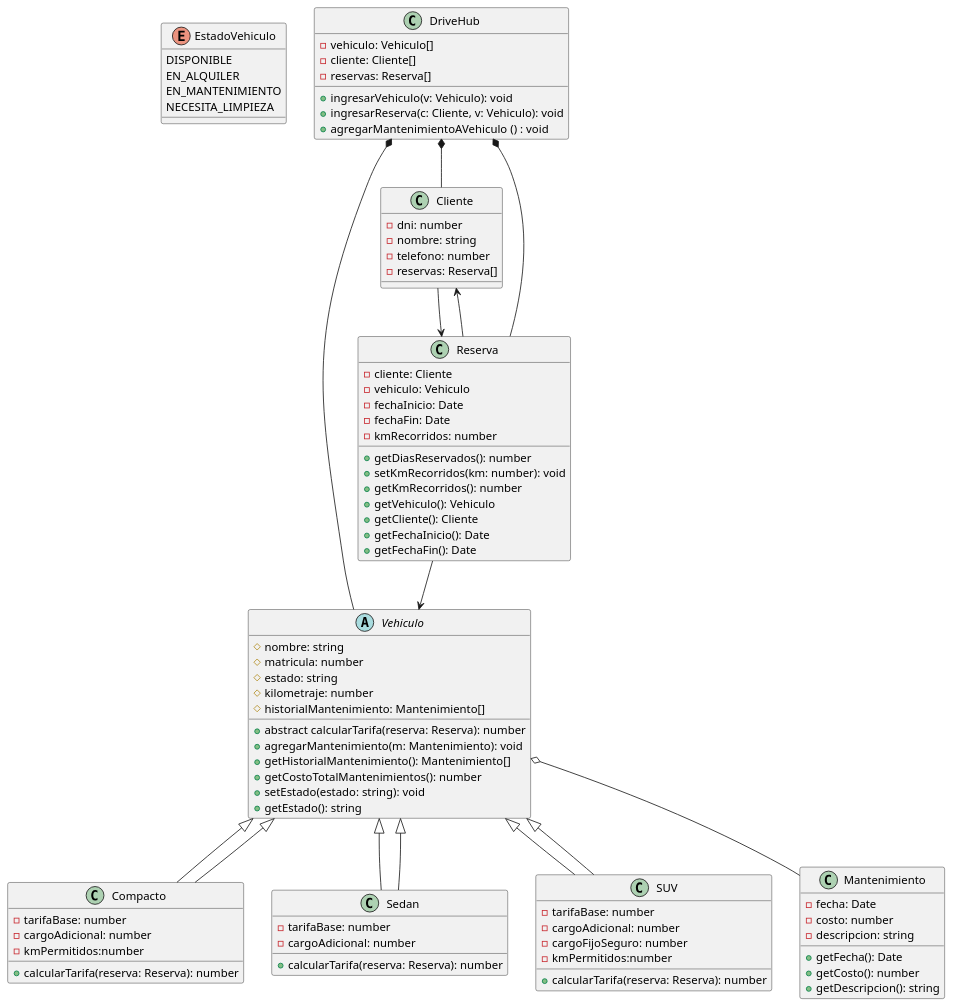
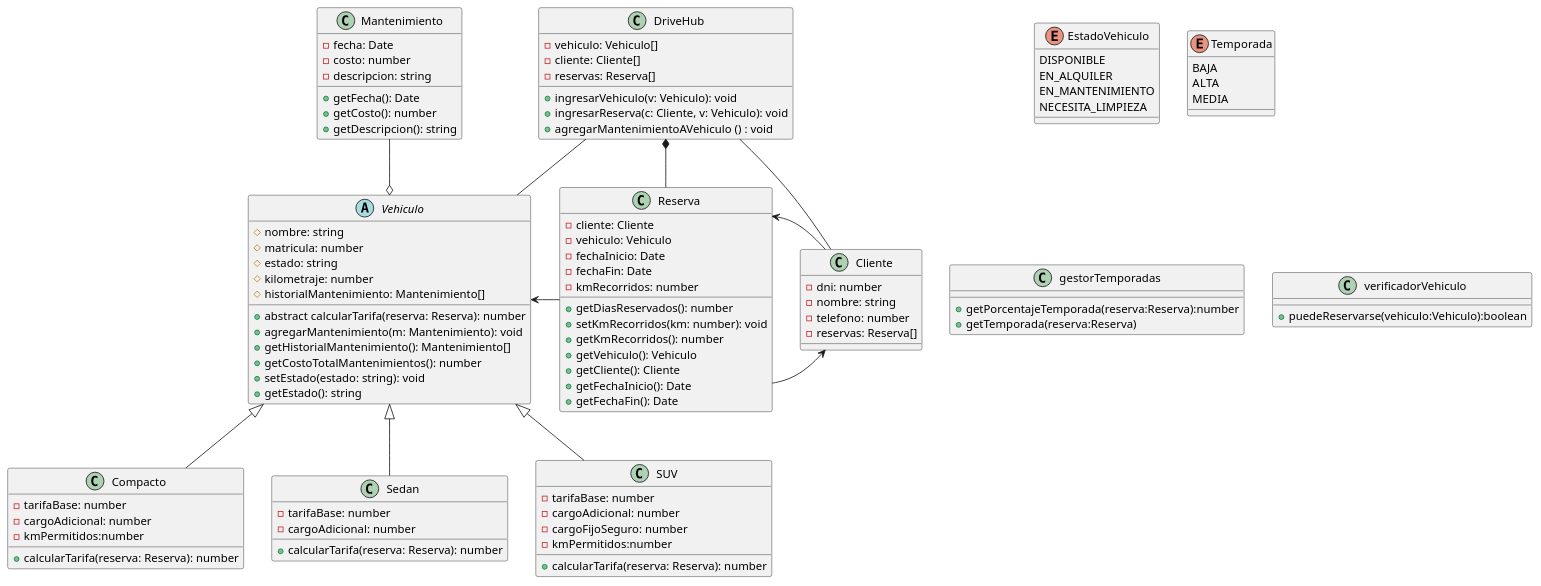
One commit to diegolacosta02/TP-Programacion-II changed the diagram in diagramas/diagrama.puml. Above: the diagram before and after it, drawn with PlantUML.

```diff
--- a/diagramas/diagrama.puml
+++ b/diagramas/diagrama.puml
@@ -1,104 +1,119 @@
 @startuml Trabajo Practico Alquiler de Autos
 
 enum EstadoVehiculo {
     DISPONIBLE
     EN_ALQUILER
     EN_MANTENIMIENTO
     NECESITA_LIMPIEZA
+}
+enum Temporada {
+   BAJA
+   ALTA 
+   MEDIA 
+}
+class gestorTemporadas {
+    + getPorcentajeTemporada(reserva:Reserva):number
+    + getTemporada(reserva:Reserva)
+}
+
+class verificadorVehiculo {
+    + puedeReservarse(vehiculo:Vehiculo):boolean
+
 }
 
 class DriveHub {
     - vehiculo: Vehiculo[]
     - cliente: Cliente[]
     - reservas: Reserva[]
 
     + ingresarVehiculo(v: Vehiculo): void
     + ingresarReserva(c: Cliente, v: Vehiculo): void
     + agregarMantenimientoAVehiculo () : void
 }
 
 abstract class Vehiculo {
     # nombre: string
     # matricula: number
     # estado: string
     # kilometraje: number
     # historialMantenimiento: Mantenimiento[]
 
     + abstract calcularTarifa(reserva: Reserva): number
     + agregarMantenimiento(m: Mantenimiento): void
     + getHistorialMantenimiento(): Mantenimiento[]
     + getCostoTotalMantenimientos(): number
     + setEstado(estado: string): void
     + getEstado(): string
 }
 
 
-class Compacto extends Vehiculo {
+class Compacto  {
     - tarifaBase: number
     - cargoAdicional: number
     - kmPermitidos:number
     + calcularTarifa(reserva: Reserva): number
 }
 
-class Sedan extends Vehiculo {
+class Sedan  {
     - tarifaBase: number
     - cargoAdicional: number
     + calcularTarifa(reserva: Reserva): number
 }
 
-class SUV extends Vehiculo {
+class SUV  {
     - tarifaBase: number
     - cargoAdicional: number
     - cargoFijoSeguro: number
     - kmPermitidos:number
     + calcularTarifa(reserva: Reserva): number
 }
 
 class Cliente {
     - dni: number
     - nombre: string
     - telefono: number
     - reservas: Reserva[]
 
 }
 
 class Reserva {
     - cliente: Cliente
     - vehiculo: Vehiculo
     - fechaInicio: Date
     - fechaFin: Date
     - kmRecorridos: number
 
     + getDiasReservados(): number
     + setKmRecorridos(km: number): void
     + getKmRecorridos(): number
     + getVehiculo(): Vehiculo
     + getCliente(): Cliente
     + getFechaInicio(): Date
     + getFechaFin(): Date
 }
 
 class Mantenimiento {
     - fecha: Date
     - costo: number
     - descripcion: string
 
     + getFecha(): Date
     + getCosto(): number
     + getDescripcion(): string
 }
-
 Vehiculo <|-- Compacto
 Vehiculo <|-- Sedan
 Vehiculo <|-- SUV
 
-DriveHub  *--  Vehiculo
-DriveHub  *--  Cliente
+DriveHub  --  Vehiculo
+DriveHub--  Cliente
 DriveHub  *--  Reserva
-Vehiculo  o--  Mantenimiento
+Vehiculo  o-u-  Mantenimiento
 
 Reserva  -->  Cliente
-Reserva  -->  Vehiculo
-Cliente  -->  Reserva
+Reserva  -l->  Vehiculo
+Cliente  -r->  Reserva
+
+
 
 @enduml
```
